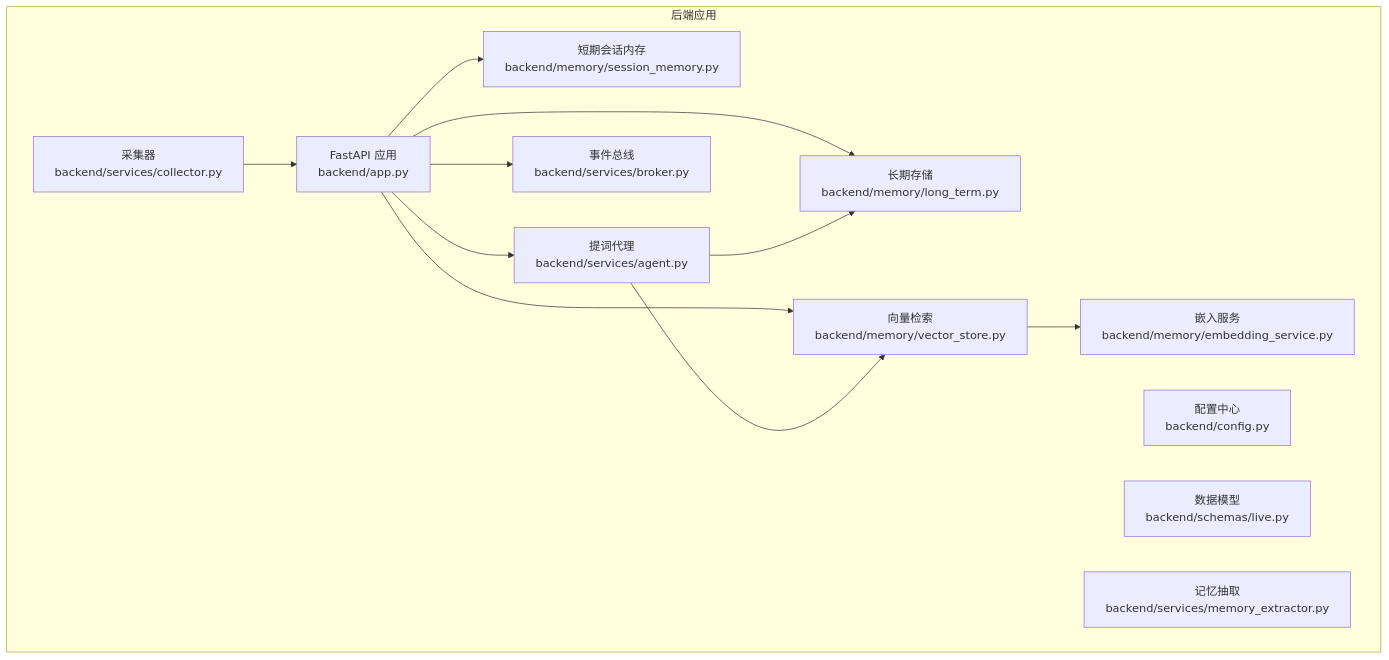
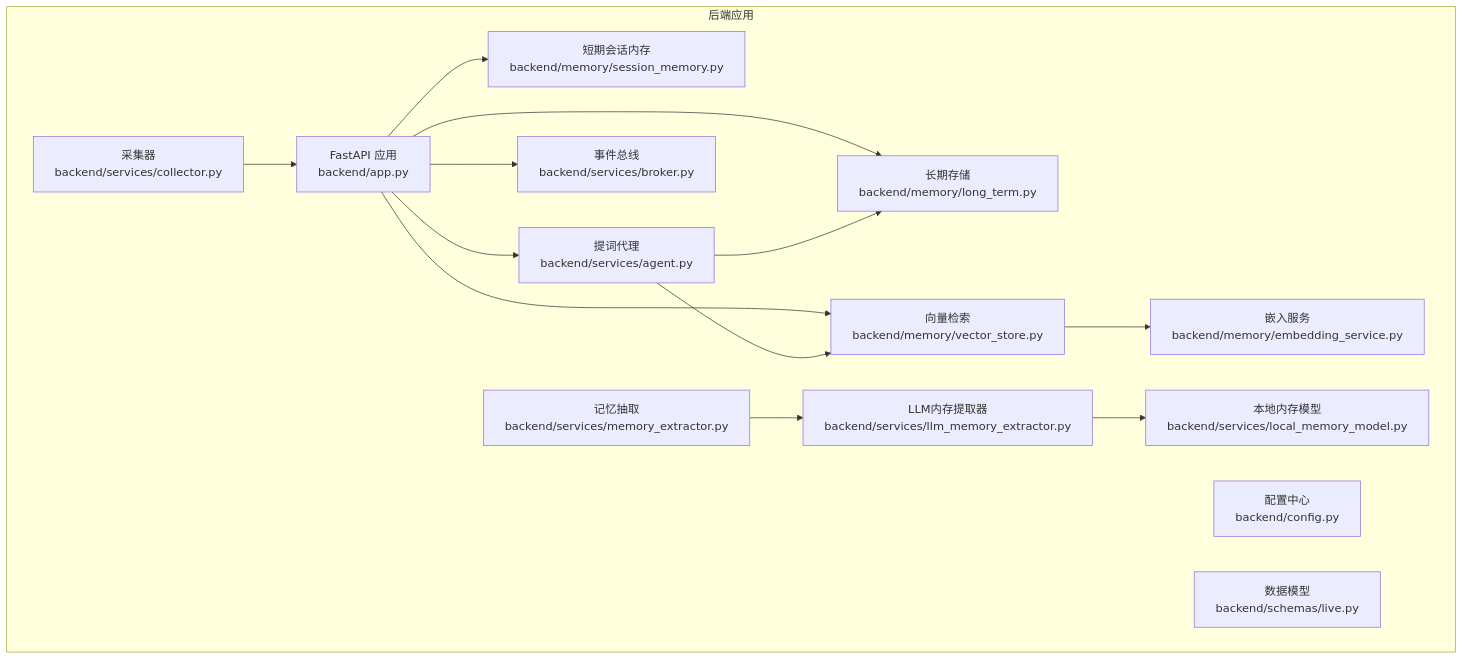
Before and after one commit to Moon-Force/DouYin_llm: the first of 8 diagrams in .qoder/repowiki/zh/content/后端服务/后端服务.md, drawn with Mermaid. The commit also changed other lines of this file and 35 other files, not shown here.

````diff
--- a/.qoder/repowiki/zh/content/后端服务/后端服务.md
+++ b/.qoder/repowiki/zh/content/后端服务/后端服务.md
@@ -52,25 +58,29 @@
 ```mermaid
 graph TB
 subgraph "后端应用"
 APP["FastAPI 应用<br/>backend/app.py"]
 CFG["配置中心<br/>backend/config.py"]
 SCH["数据模型<br/>backend/schemas/live.py"]
 COL["采集器<br/>backend/services/collector.py"]
 BRO["事件总线<br/>backend/services/broker.py"]
 AGN["提词代理<br/>backend/services/agent.py"]
 MEX["记忆抽取<br/>backend/services/memory_extractor.py"]
+LMX["LLM内存提取器<br/>backend/services/llm_memory_extractor.py"]
+LMM["本地内存模型<br/>backend/services/local_memory_model.py"]
 SM["短期会话内存<br/>backend/memory/session_memory.py"]
 LTS["长期存储<br/>backend/memory/long_term.py"]
 VEC["向量检索<br/>backend/memory/vector_store.py"]
 EMB["嵌入服务<br/>backend/memory/embedding_service.py"]
 end
 COL --> APP
 APP --> SM
 APP --> LTS
 APP --> VEC
 APP --> AGN
 APP --> BRO
 AGN --> VEC
 AGN --> LTS
 VEC --> EMB
+MEX --> LMX
+LMX --> LMM
 ```
````
